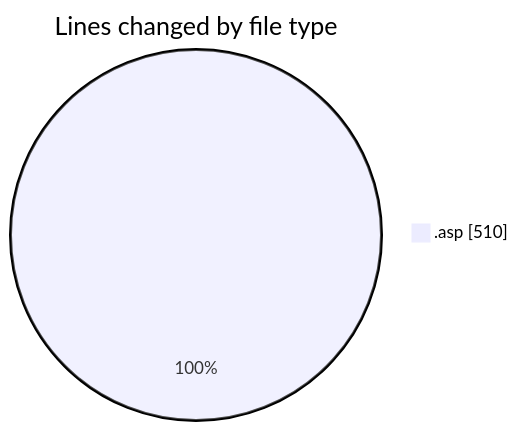
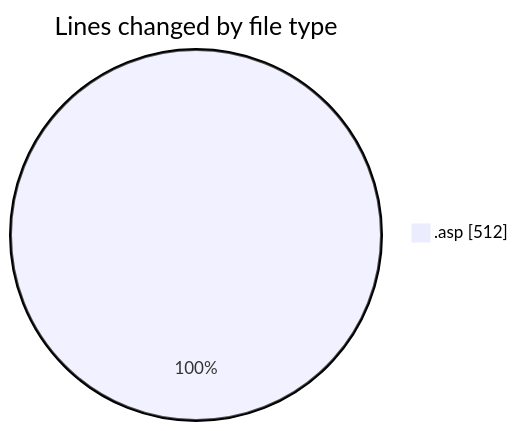
One commit to julien-gomy/code-tracking changed the first of 2 diagrams in 2025-10-14/cdp_aleoudev_fr__workspace_/README.md. Above: the diagram before and after it, drawn with Mermaid. The commit also changed other lines of this file and 1 other file, not shown here.

````diff
--- a/2025-10-14/cdp_aleoudev_fr__workspace_/README.md
+++ b/2025-10-14/cdp_aleoudev_fr__workspace_/README.md
@@ -20,5 +20,5 @@
 ```mermaid
 pie showData
 title Lines changed by file type
-".asp" : 510
+".asp" : 512
 ```
````
